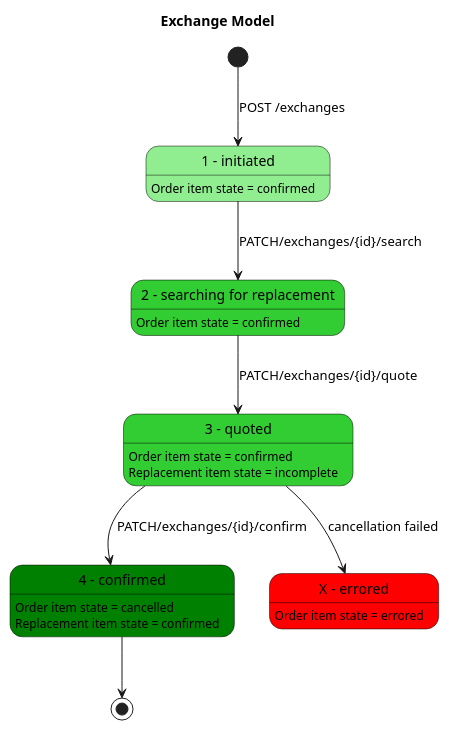
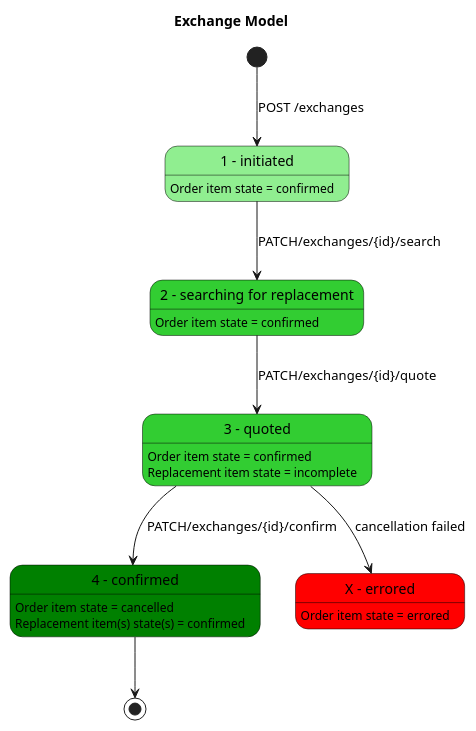
Before and after one commit to loco2/locohub-api-documentation: the diagram in plantUML/exchange_state_diagram.puml, drawn with PlantUML.

Commit message:
Add multiple replacement items in exchange confirmation

```diff
--- a/plantUML/exchange_state_diagram.puml
+++ b/plantUML/exchange_state_diagram.puml
@@ -1,39 +1,39 @@
 @startuml
 
 ' in order to change this diagram, please got to http://www.planttext.com
 skinparam state {
   StartColor Black
   EndColor Black
   BackgroundColor LightYellow
   BackgroundColor<<Initiated>> LightGreen
   BackgroundColor<<Searched>> LimeGreen
   BackgroundColor<<Quoted>> LimeGreen
   BackgroundColor<<Confirmed>> Green
   BackgroundColor<<Errored>> Red
   BorderColor Black
   FontName Impact
 }
 title Exchange Model
 state "1 - initiated" as Initiated<<Initiated>>
 Initiated: Order item state = confirmed
 state "2 - searching for replacement" as Searched <<Searched>>
 Searched: Order item state = confirmed
 state "3 - quoted" as Quoted <<Quoted>>
 Quoted: Order item state = confirmed
 Quoted: Replacement item state = incomplete
 state "4 - confirmed" as Confirmed <<Confirmed>>
 Confirmed: Order item state = cancelled    
-Confirmed: Replacement item state = confirmed
+Confirmed: Replacement item(s) state(s) = confirmed
 state "X - errored" as Errored <<Errored>>
 Errored: Order item state = errored    
 
 ' non nominal case
 Quoted --> Errored : cancellation failed
 
 [*] -down->Initiated: POST /exchanges
 Initiated -down-> Searched : PATCH/exchanges/{id}/search
 Searched -down-> Quoted : PATCH/exchanges/{id}/quote
 Quoted -down-> Confirmed : PATCH/exchanges/{id}/confirm
 Confirmed -down-> [*]
 
 @enduml
```
